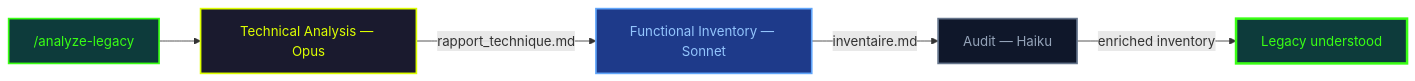
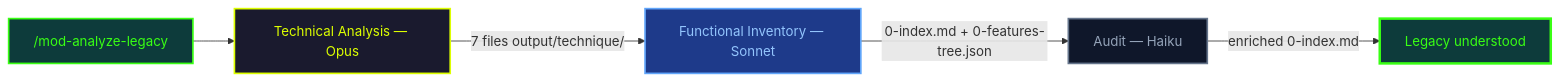
The fifth of 15 diagrams in docs/en/guide/methodology.md (fondative/claude-code-ecosystem), drawn with Mermaid before and after one commit. The commit also changed other lines of this file and 260 other files, not shown here.

````diff
--- a/docs/en/guide/methodology.md
+++ b/docs/en/guide/methodology.md
@@ -222,25 +226,25 @@
 ```mermaid
 graph LR
-    CMD["/analyze-legacy"]
+    CMD["/mod-analyze-legacy"]
     T["Technical Analysis — Opus"]
     F["Functional Inventory — Sonnet"]
     A["Audit — Haiku"]
     OUT["Legacy understood"]
 
     CMD --> T
-    T -->|rapport_technique.md| F
-    F -->|inventaire.md| A
-    A -->|enriched inventory| OUT
+    T -->|"7 files output/technique/"| F
+    F -->|"0-index.md + 0-features-tree.json"| A
+    A -->|"enriched 0-index.md"| OUT
 
     classDef cmd fill:#0d3b3b,stroke:#39ff14,stroke-width:2px,color:#39ff14
     classDef opus fill:#1a1a2e,stroke:#ddff00,stroke-width:2px,color:#ddff00
     classDef sonnet fill:#1e3a8a,stroke:#60a5fa,stroke-width:2px,color:#93c5fd
     classDef haiku fill:#0f172a,stroke:#64748b,stroke-width:2px,color:#94a3b8
     classDef done fill:#0d3b3b,stroke:#39ff14,stroke-width:3px,color:#39ff14
 
     class CMD cmd
     class T opus
     class F sonnet
     class A haiku
     class OUT done
 ```
````
